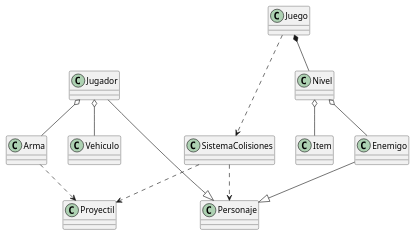
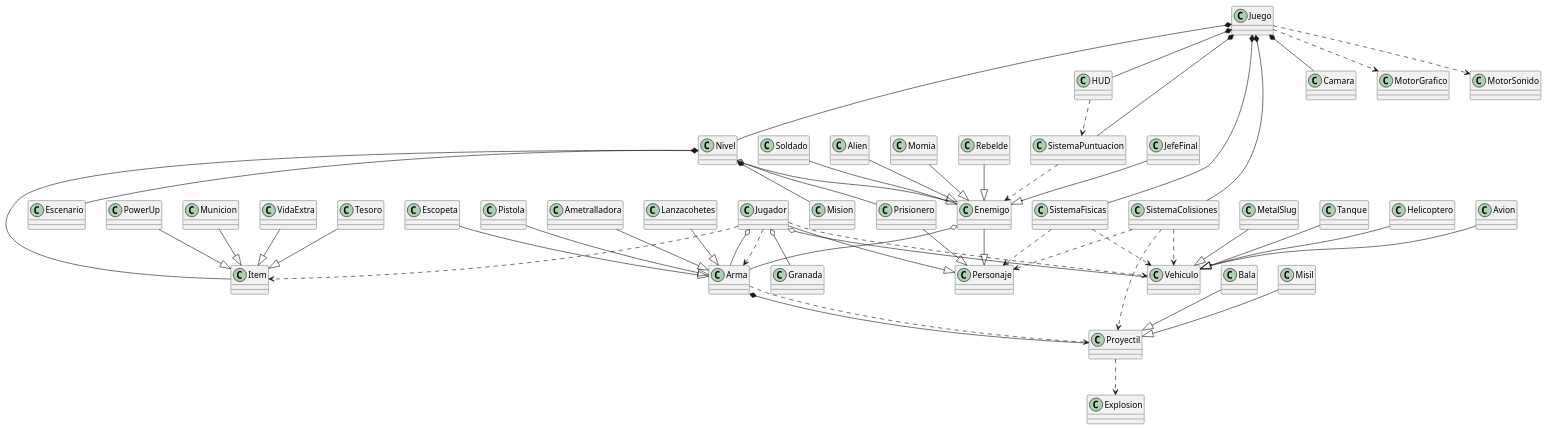
One commit to TextualSpade/3F261 changed the diagram in diagrama.puml. Above: the diagram before and after it, drawn with PlantUML. The commit also changed other lines of this file, not shown here.

Commit message:
Tarea 1 (completa)

```diff
--- a/diagrama.puml
+++ b/diagrama.puml
@@ -1,49 +1,153 @@
 @startuml
 
 '========================
-' CLASES BÁSICAS
+' CLASES PRINCIPALES
 '========================
 
 class Juego
 class Nivel
+class Mision
+class Escenario
+class HUD
+class SistemaFisicas
+class SistemaColisiones
+class SistemaPuntuacion
+class Camara
+class MotorGrafico
+class MotorSonido
+
+'========================
+' PERSONAJES
+'========================
+
 class Personaje
 class Jugador
 class Enemigo
+class JefeFinal
+class Soldado
+class Alien
+class Momia
+class Rebelde
+class Prisionero
+
+'========================
+' ARMAS
+'========================
+
 class Arma
+class Pistola
+class Ametralladora
+class Lanzacohetes
+class Escopeta
+class Granada
+
+'========================
+' VEHICULOS
+'========================
+
+class Vehiculo
+class MetalSlug
+class Tanque
+class Helicoptero
+class Avion
+
+'========================
+' OBJETOS
+'========================
+
 class Proyectil
-class Vehiculo
+class Bala
+class Misil
+class Explosion
 class Item
-class SistemaColisiones
+class PowerUp
+class Municion
+class VidaExtra
+class Tesoro
 
 '========================
 ' HERENCIA (es un)
 '========================
 
 Jugador --|> Personaje
 Enemigo --|> Personaje
+JefeFinal --|> Enemigo
+Soldado --|> Enemigo
+Alien --|> Enemigo
+Momia --|> Enemigo
+Rebelde --|> Enemigo
+Prisionero --|> Personaje
+
+Pistola --|> Arma
+Ametralladora --|> Arma
+Lanzacohetes --|> Arma
+Escopeta --|> Arma
+
+MetalSlug --|> Vehiculo
+Tanque --|> Vehiculo
+Helicoptero --|> Vehiculo
+Avion --|> Vehiculo
+
+Bala --|> Proyectil
+Misil --|> Proyectil
+
+PowerUp --|> Item
+Municion --|> Item
+VidaExtra --|> Item
+Tesoro --|> Item
 
 '========================
-' COMPOSICIÓN (tiene un fuerte)
+' COMPOSICION (tiene un fuerte)
 '========================
 
 Juego *-- Nivel
+Juego *-- HUD
+Juego *-- SistemaFisicas
+Juego *-- SistemaColisiones
+Juego *-- SistemaPuntuacion
+Juego *-- Camara
+
+Nivel *-- Mision
+Nivel *-- Escenario
+
+Arma *-- Proyectil
 
 '========================
-' AGREGACIÓN (tiene un débil)
+' AGREGACION (tiene un debil)
 '========================
 
 Jugador o-- Arma
+Jugador o-- Granada
 Jugador o-- Vehiculo
+
+Enemigo o-- Arma
+
 Nivel o-- Enemigo
 Nivel o-- Item
+Nivel o-- Prisionero
 
 '========================
 ' DEPENDENCIAS (usa un)
 '========================
 
+Juego ..> MotorGrafico
+Juego ..> MotorSonido
+
+Jugador ..> Arma
+Jugador ..> Vehiculo
+Jugador ..> Item
+
 Arma ..> Proyectil
+Proyectil ..> Explosion
+
 SistemaColisiones ..> Personaje
 SistemaColisiones ..> Proyectil
-Juego ..> SistemaColisiones
+SistemaColisiones ..> Vehiculo
+
+SistemaFisicas ..> Personaje
+SistemaFisicas ..> Vehiculo
+
+HUD ..> SistemaPuntuacion
+SistemaPuntuacion ..> Enemigo
 
 @enduml
```
